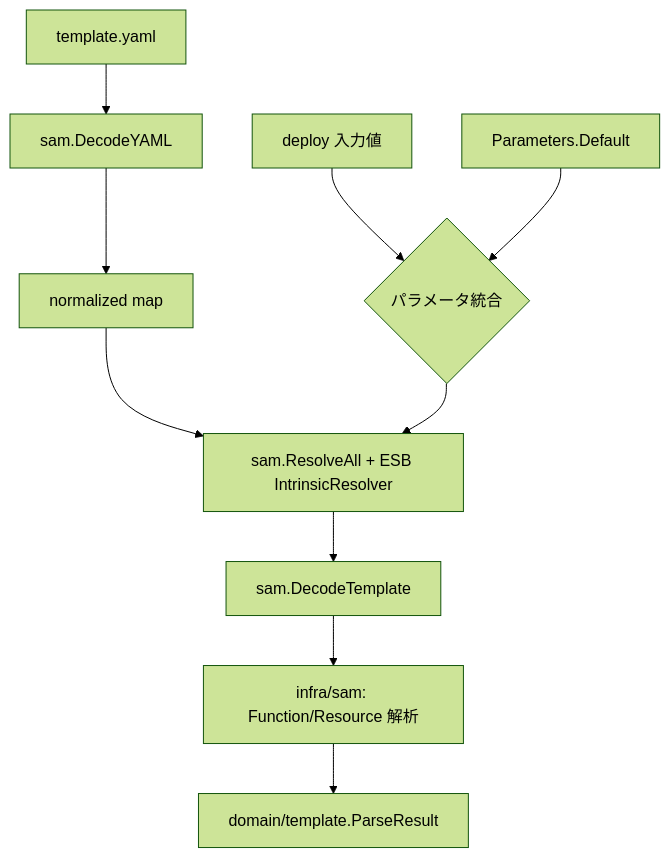
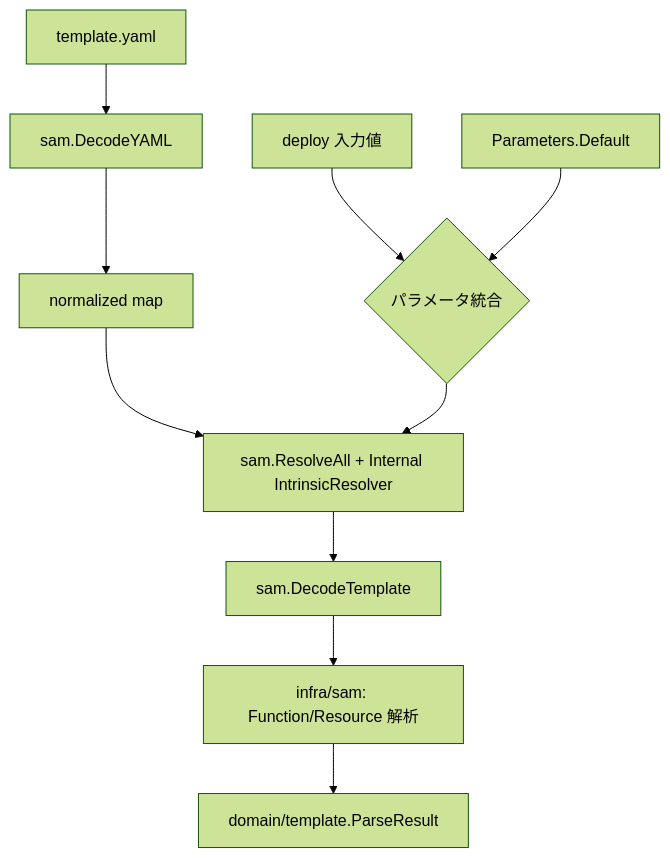
The diagram in docs/sam-parsing-architecture.md (poruru-code/esb-cli), drawn with Mermaid (forest theme) before and after one commit. The commit also changed other lines of this file and 7 other files, not shown here.

````diff
--- a/docs/sam-parsing-architecture.md
+++ b/docs/sam-parsing-architecture.md
@@ -26,13 +26,13 @@
 ```mermaid
 graph TD
     A[template.yaml] --> B[sam.DecodeYAML]
     B --> C[normalized map]
-    C --> D[sam.ResolveAll + ESB IntrinsicResolver]
+    C --> D[sam.ResolveAll + Internal IntrinsicResolver]
     D --> E[sam.DecodeTemplate]
     E --> F[infra/sam: Function/Resource 解析]
     F --> G[domain/template.ParseResult]
 
     P1[deploy 入力値] --> P_MERGE{パラメータ統合}
     P2[Parameters.Default] --> P_MERGE
     P_MERGE --> D
 ```
````
